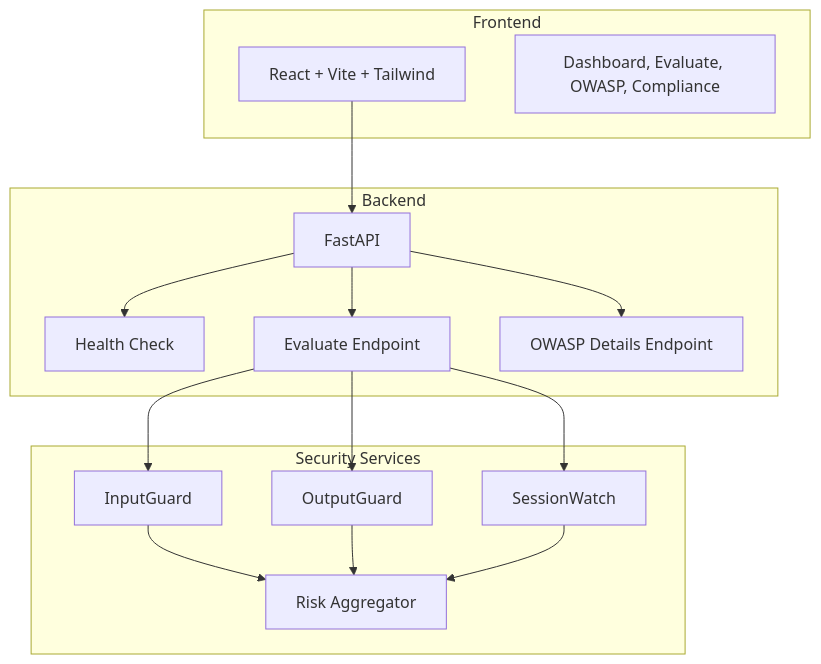
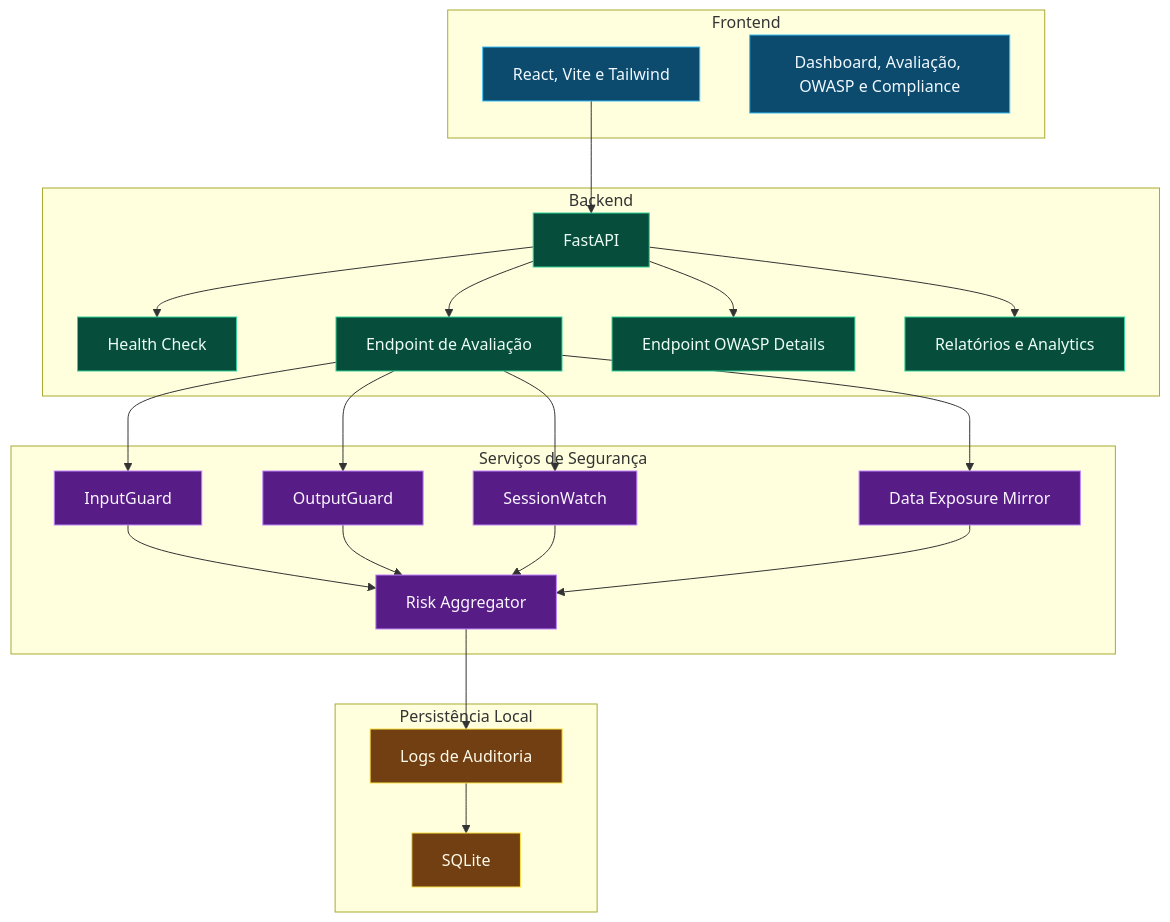
One commit to D3Z33/llm-trust-safety-framework changed the third of 6 diagrams in README.md. Above: the diagram before and after it, drawn with Mermaid. The commit also changed other lines of this file, not shown here.

````diff
--- a/README.md
+++ b/README.md
@@ -112,32 +188,53 @@
 ```mermaid
 flowchart TB
   subgraph FRONTEND["Frontend"]
-    UI["React + Vite + Tailwind"]
-    PAGES["Dashboard, Evaluate, OWASP, Compliance"]
+    UI["React, Vite e Tailwind"]
+    PAGES["Dashboard, Avaliação, OWASP e Compliance"]
   end
 
   subgraph BACKEND["Backend"]
     API["FastAPI"]
     HEALTH["Health Check"]
-    EVALUATE["Evaluate Endpoint"]
-    OWASPAPI["OWASP Details Endpoint"]
+    EVAL["Endpoint de Avaliação"]
+    OWASPAPI["Endpoint OWASP Details"]
+    REPORTS["Relatórios e Analytics"]
   end
 
-  subgraph SERVICES["Security Services"]
+  subgraph SERVICES["Serviços de Segurança"]
     IG["InputGuard"]
     OG["OutputGuard"]
     SW["SessionWatch"]
     RA["Risk Aggregator"]
+    DEM["Data Exposure Mirror"]
+  end
+
+  subgraph STORAGE["Persistência Local"]
+    DB["SQLite"]
+    LOGS["Logs de Auditoria"]
   end
 
   UI --> API
   API --> HEALTH
-  API --> EVALUATE
+  API --> EVAL
   API --> OWASPAPI
-  EVALUATE --> IG
-  EVALUATE --> OG
-  EVALUATE --> SW
+  API --> REPORTS
+  EVAL --> IG
+  EVAL --> OG
+  EVAL --> SW
+  EVAL --> DEM
   IG --> RA
   OG --> RA
   SW --> RA
+  DEM --> RA
+  RA --> LOGS
+  LOGS --> DB
+
+  classDef front fill:#0c4a6e,stroke:#38bdf8,color:#f0f9ff;
+  classDef back fill:#064e3b,stroke:#34d399,color:#ecfdf5;
+  classDef svc fill:#581c87,stroke:#c084fc,color:#faf5ff;
+  classDef data fill:#713f12,stroke:#fde047,color:#fffbeb;
+  class UI,PAGES front;
+  class API,HEALTH,EVAL,OWASPAPI,REPORTS back;
+  class IG,OG,SW,RA,DEM svc;
+  class DB,LOGS data;
 ```
````
